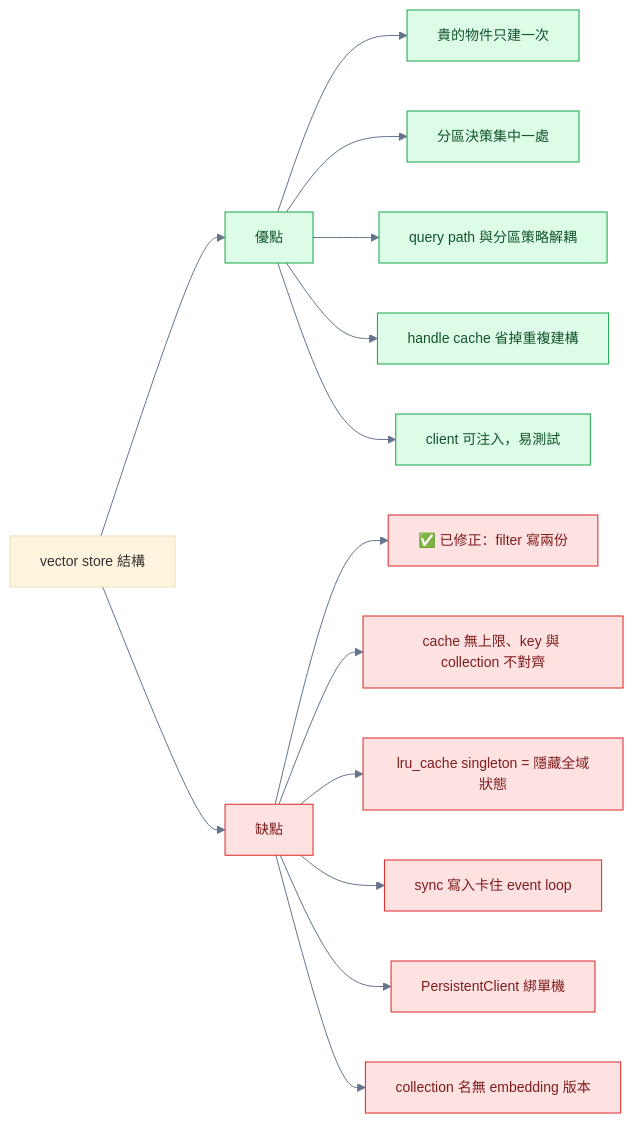
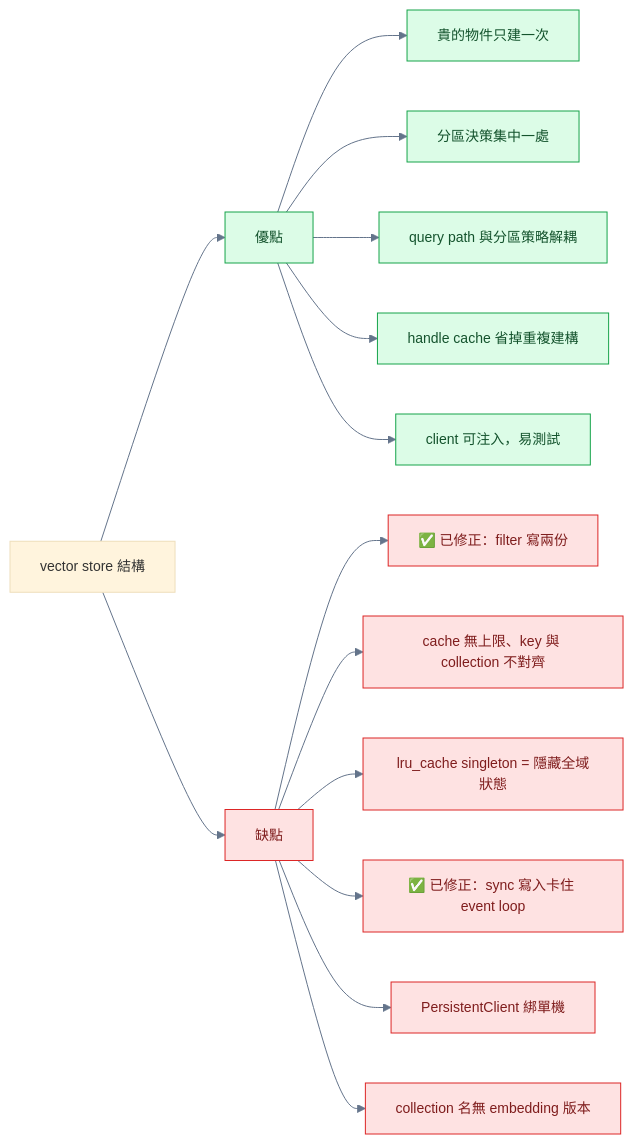
The fifth of 9 diagrams in docs/vectorstore/vectorstore-retriever-structure-20261009.md (jltz1207/LoginFastapi), drawn with Mermaid before and after one commit. The commit also changed other lines of this file and 4 other files, not shown here.

````diff
--- a/docs/vectorstore/vectorstore-retriever-structure-20261009.md
+++ b/docs/vectorstore/vectorstore-retriever-structure-20261009.md
@@ -176,23 +176,23 @@
 ```mermaid
 %%{init: {'theme': 'base', 'themeVariables': {'fontSize': '14px', 'lineColor': '#64748b'}}}%%
 flowchart LR
     S["vector store 結構"]
     S --> P["優點"]
     S --> C["缺點"]
     P --> P1["貴的物件只建一次"]
     P --> P2["分區決策集中一處"]
     P --> P3["query path 與分區策略解耦"]
     P --> P4["handle cache 省掉重複建構"]
     P --> P5["client 可注入，易測試"]
     C --> C1["✅ 已修正：filter 寫兩份"]
     C --> C2["cache 無上限、key 與 collection 不對齊"]
     C --> C3["lru_cache singleton = 隱藏全域狀態"]
-    C --> C4["sync 寫入卡住 event loop"]
+    C --> C4["✅ 已修正：sync 寫入卡住 event loop"]
     C --> C5["PersistentClient 綁單機"]
     C --> C6["collection 名無 embedding 版本"]
 
     classDef pro fill:#dcfce7,stroke:#16a34a,color:#14532d
     classDef con fill:#fee2e2,stroke:#dc2626,color:#7f1d1d
     class P,P1,P2,P3,P4,P5 pro
     class C,C1,C2,C3,C4,C5,C6 con
 ```
````
